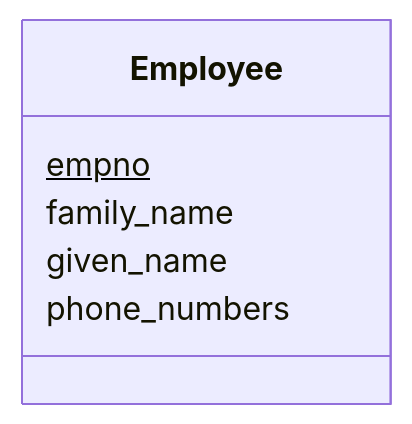
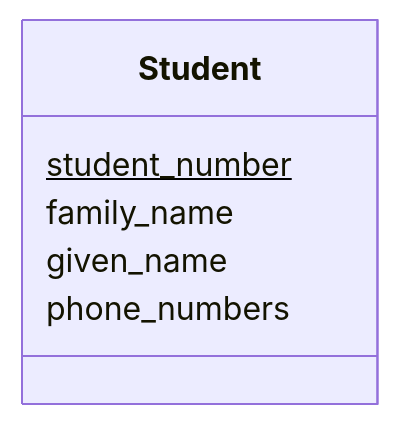
One commit to Kaltsoon/data-management-and-databases changed the tenth of 10 diagrams in slidev/09-logical-database-design.md. Above: the diagram before and after it, drawn with Mermaid. The commit also changed other lines of this file and 1 other file, not shown here.

````diff
--- a/slidev/09-logical-database-design.md
+++ b/slidev/09-logical-database-design.md
@@ -430,16 +432,16 @@
 ```mermaid
 ---
   config:
     class:
       hideEmptyMembersBox: true
 ---
 
 classDiagram
     direction TB
-    class Employee {
-        empno$
+    class Student {
+        student_number$
         family_name
         given_name
         phone_numbers
     }
 ```
````
